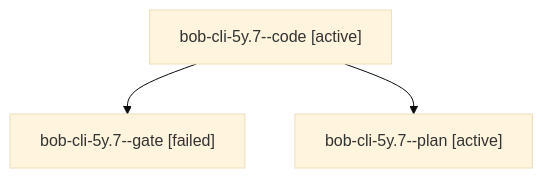
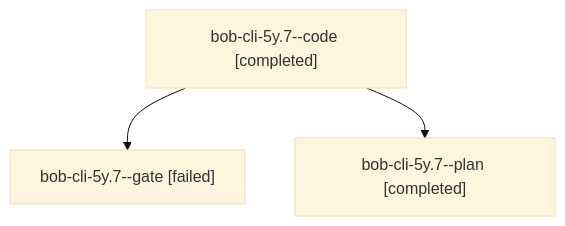
The diagram in sessions/bbugyi200.athena.bob-cli-5y.7.md (bobs-org/bob-cli--agents), drawn with Mermaid (base theme) before and after one commit. The commit also changed other lines of this file and 91 other files, not shown here.

````diff
--- a/sessions/bbugyi200.athena.bob-cli-5y.7.md
+++ b/sessions/bbugyi200.athena.bob-cli-5y.7.md
@@ -9,8 +9,8 @@
 ```mermaid
 flowchart TD
-  n0["bob-cli-5y.7--code [active]"]
+  n0["bob-cli-5y.7--code [completed]"]
   n1["bob-cli-5y.7--gate [failed]"]
   n0 --> n1
-  n2["bob-cli-5y.7--plan [active]"]
+  n2["bob-cli-5y.7--plan [completed]"]
   n0 --> n2
 ```
````
